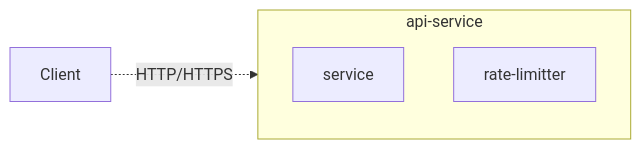
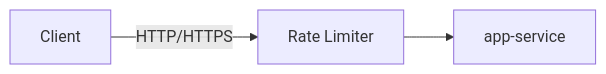
Before and after one commit to isurunix/digital-garden: the diagram in content/system-design/designing-a-rate-limiter.md, drawn with Mermaid. The commit also changed other lines of this file, not shown here.

First line of the commit message:
Obsidian Git Sync : 2024-01-15 12:29:07 Affected Files: M content/system-design/designing-a-rate-limiter.md

````diff
--- a/content/system-design/designing-a-rate-limiter.md
+++ b/content/system-design/designing-a-rate-limiter.md
@@ -31,8 +45,4 @@
-```mermaid
-graph LR
-A[Client] -. HTTP/HTTPS .-> api-service[api-service]
-subgraph api-service
-service;
-rate-limitter
-end
-```
+      ```mermaid
+      graph LR
+      A[Client] -- HTTP/HTTPS --> B[Rate Limiter] --> app-service
+      ```
````
